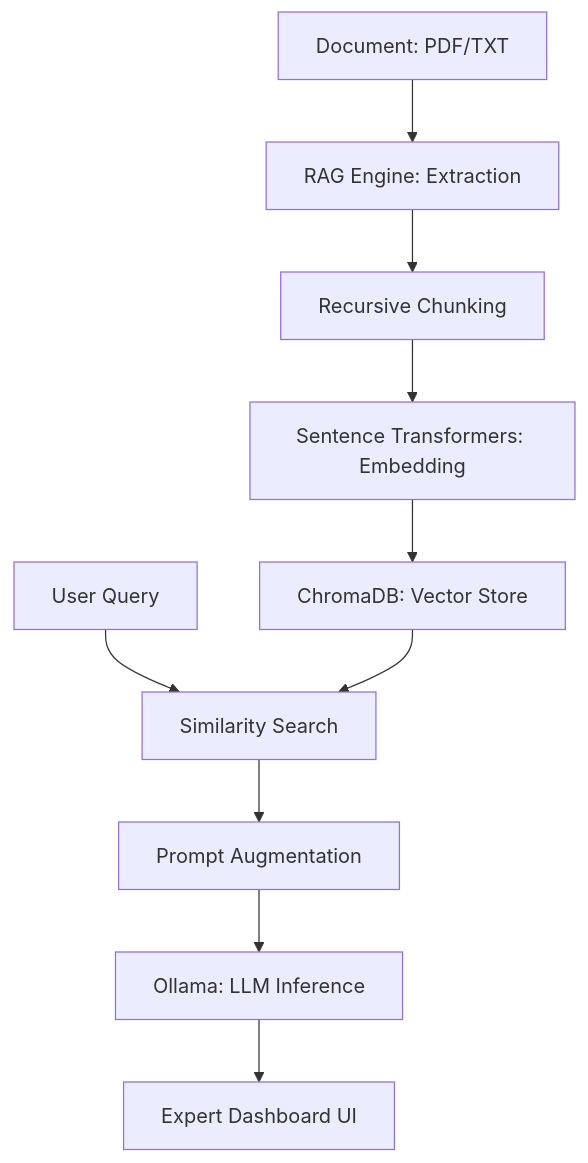
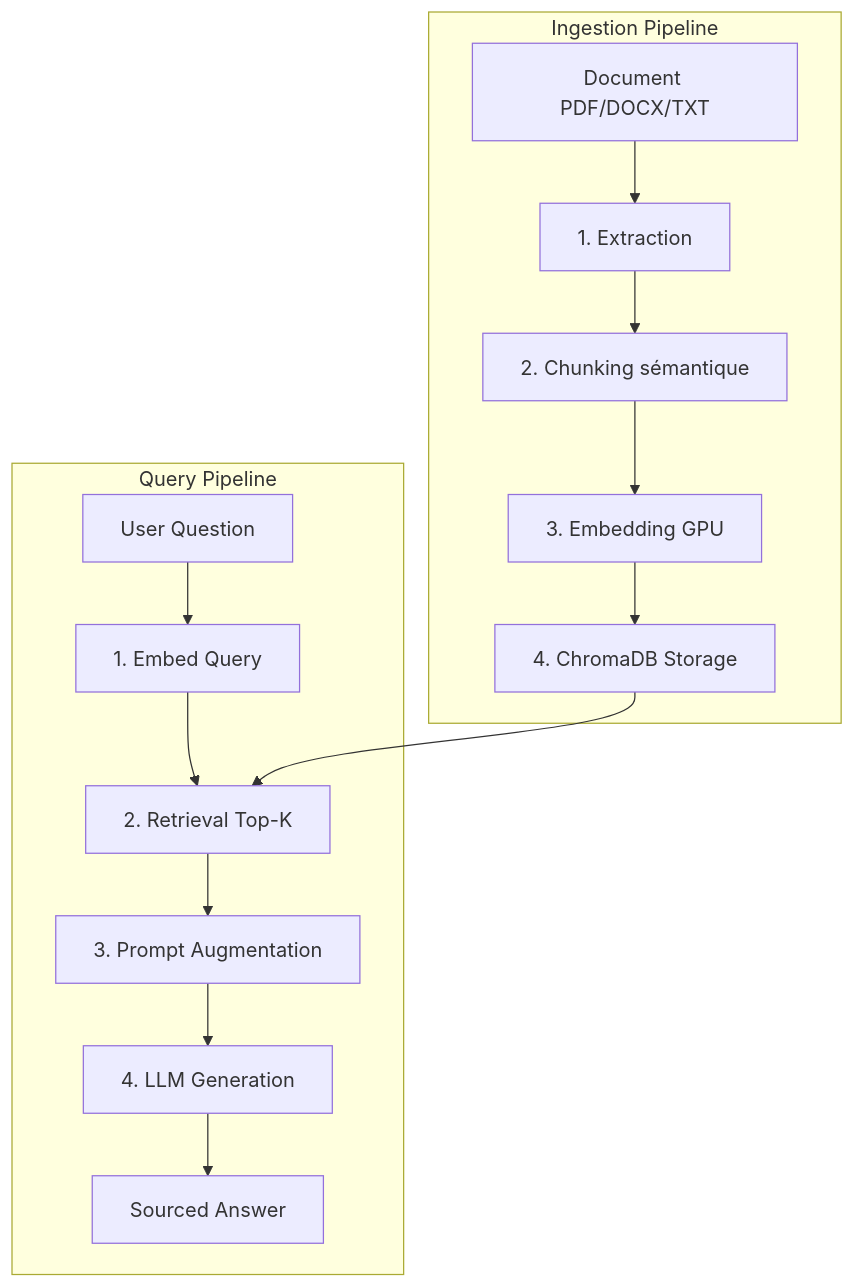
Before and after one commit to guissii/TraceRAG: the diagram in README.md, drawn with Mermaid. The commit also changed other lines of this file and 10 other files, not shown here.

````diff
--- a/README.md
+++ b/README.md
@@ -28,12 +28,18 @@
 ```mermaid
 graph TD
-    A[Document: PDF/TXT] --> B[RAG Engine: Extraction]
-    B --> C[Recursive Chunking]
-    C --> D[Sentence Transformers: Embedding]
-    D --> E[ChromaDB: Vector Store]
-    F[User Query] --> G[Similarity Search]
-    E --> G
-    G --> H[Prompt Augmentation]
-    H --> I[Ollama: LLM Inference]
-    I --> J[Expert Dashboard UI]
+    subgraph Ingestion Pipeline
+        A[Document PDF/DOCX/TXT] --> B[1. Extraction]
+        B --> C[2. Chunking sémantique]
+        C --> D[3. Embedding GPU]
+        D --> E[4. ChromaDB Storage]
+    end
+
+    subgraph Query Pipeline
+        F[User Question] --> G[1. Embed Query]
+        G --> H[2. Retrieval Top-K]
+        E --> H
+        H --> I[3. Prompt Augmentation]
+        I --> J[4. LLM Generation]
+        J --> K[Sourced Answer]
+    end
 ```
````
